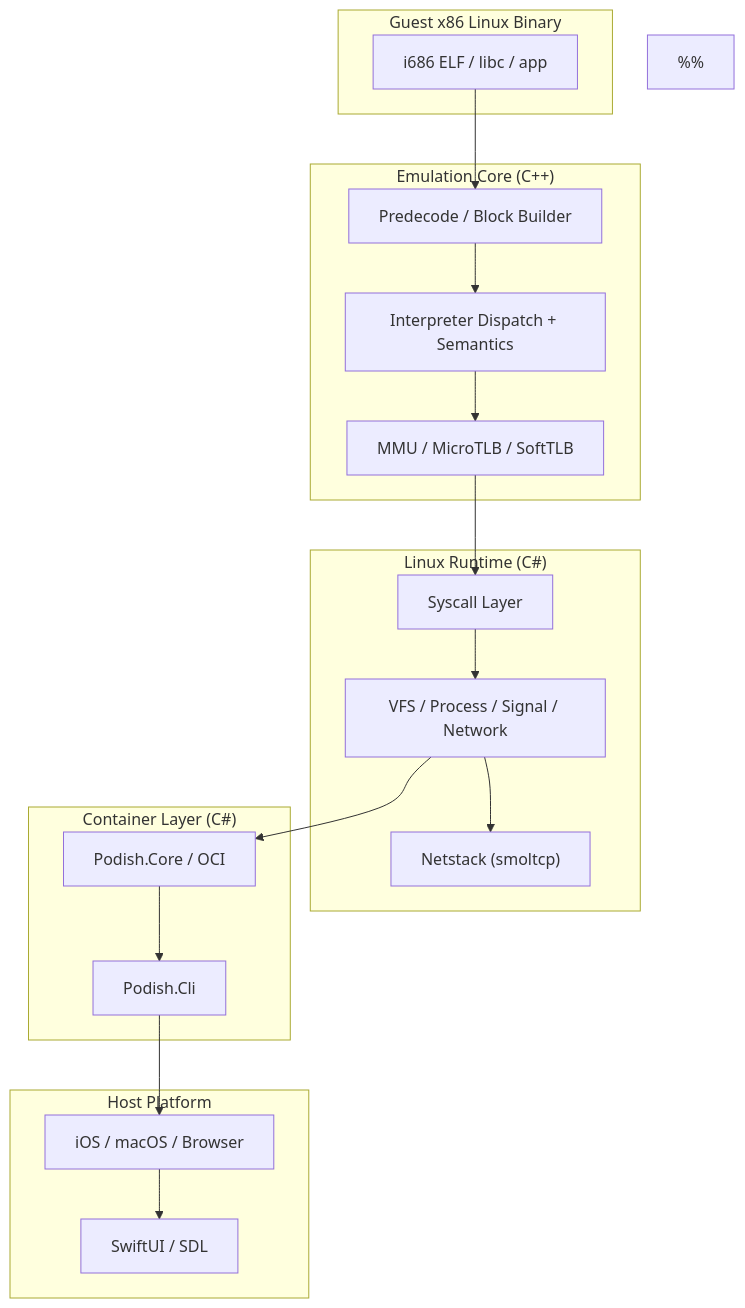
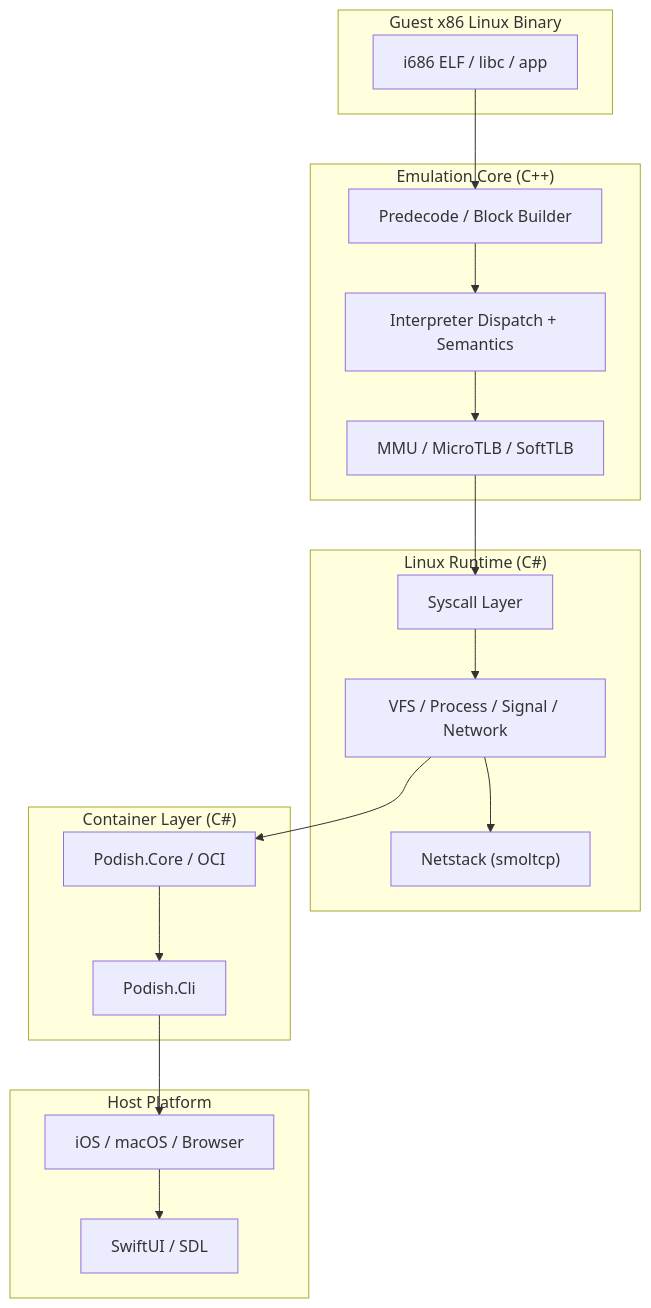
The first of 7 diagrams in src/data/blog/podish-technique-report-zh_CN.md (meokit/meokit.github.io), drawn with Mermaid before and after one commit. The commit also changed other lines of this file and 1 other file, not shown here.

Commit message:
fix(blog): use %%endmermaid to avoid mermaid plugin bugs

````diff
--- a/src/data/blog/podish-technique-report-zh_CN.md
+++ b/src/data/blog/podish-technique-report-zh_CN.md
@@ -100,40 +100,40 @@
 ```mermaid
 flowchart TB
     subgraph Guest["Guest x86 Linux Binary"]
         A["i686 ELF / libc / app"]
     end
 
     subgraph Core["Emulation Core (C++)"]
         B["Predecode / Block Builder"]
         C["Interpreter Dispatch + Semantics"]
         D["MMU / MicroTLB / SoftTLB"]
     end
 
     subgraph Runtime["Linux Runtime (C#)"]
         E["Syscall Layer"]
         F["VFS / Process / Signal / Network"]
         G["Netstack (smoltcp)"]
     end
 
     subgraph Orchestration["Container Layer (C#)"]
         H["Podish.Core / OCI"]
         I["Podish.Cli"]
     end
 
     subgraph Host["Host Platform"]
         J["iOS / macOS / Browser"]
         K["SwiftUI / SDL"]
     end
 
     A --> B
     B --> C
     C --> D
     D --> E
     E --> F
     F --> G
     F --> H
     H --> I
     I --> J
     J --> K
-%%
+%%endmermaid
  ```
````
